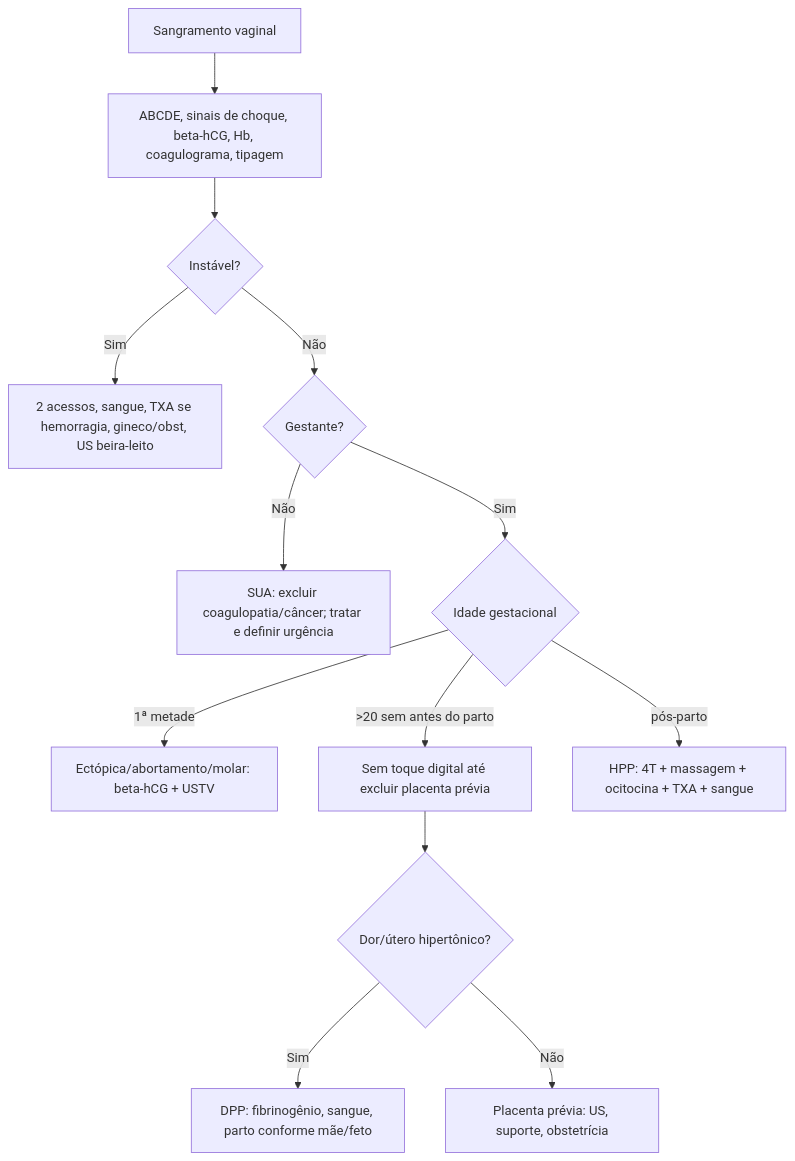
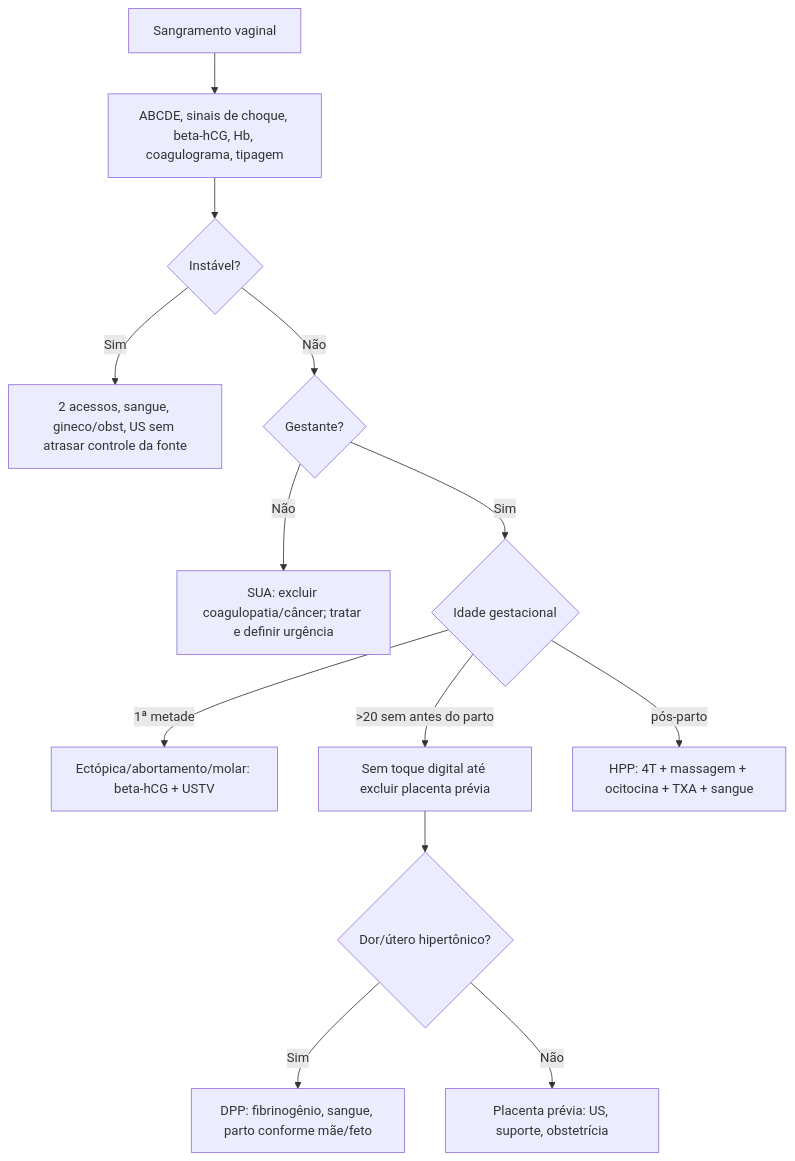
Before and after one commit to ThiagoPersona/emergencia26: the second of 2 diagrams in Intensivao/temas/009_emergencias-obstetricas-ginecologicas.md, drawn with Mermaid. The commit also changed other lines of this file and 5 other files, not shown here.

````diff
--- a/Intensivao/temas/009_emergencias-obstetricas-ginecologicas.md
+++ b/Intensivao/temas/009_emergencias-obstetricas-ginecologicas.md
@@ -180,15 +185,15 @@
 ```mermaid
 flowchart TD
     A[Sangramento vaginal] --> B[ABCDE, sinais de choque, beta-hCG, Hb, coagulograma, tipagem]
     B --> C{Instável?}
-    C -->|Sim| D[2 acessos, sangue, TXA se hemorragia, gineco/obst, US beira-leito]
+    C -->|Sim| D[2 acessos, sangue, gineco/obst, US sem atrasar controle da fonte]
     C -->|Não| E{Gestante?}
     E -->|Não| F[SUA: excluir coagulopatia/câncer; tratar e definir urgência]
     E -->|Sim| G{Idade gestacional}
     G -->|1ª metade| H[Ectópica/abortamento/molar: beta-hCG + USTV]
     G -->|>20 sem antes do parto| I[Sem toque digital até excluir placenta prévia]
     G -->|pós-parto| J[HPP: 4T + massagem + ocitocina + TXA + sangue]
     I --> K{Dor/útero hipertônico?}
     K -->|Sim| L[DPP: fibrinogênio, sangue, parto conforme mãe/feto]
     K -->|Não| M[Placenta prévia: US, suporte, obstetrícia]
 ```
````
